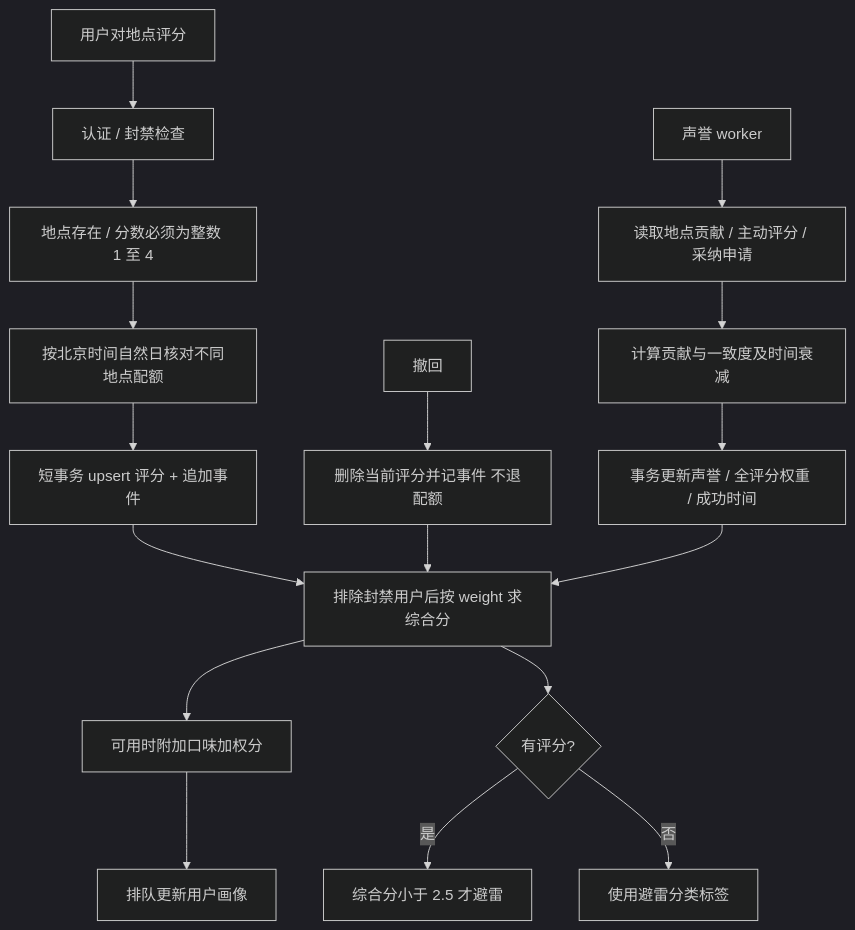
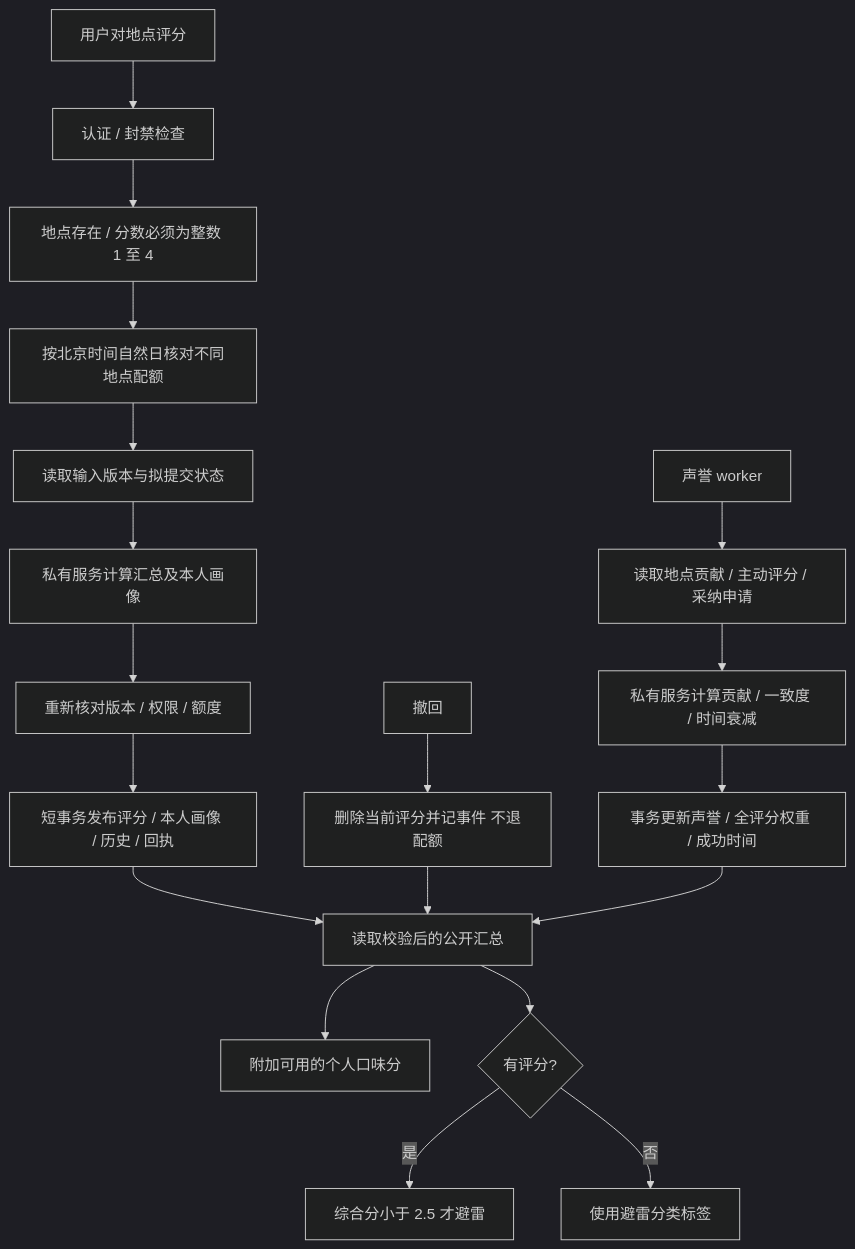
Before and after one commit to DinnerpartyFoodMap/dinnerparty_community: the diagram in backend/modules/ratings/doc/README.md, drawn with Mermaid (dark theme). The commit also changed other lines of this file and 106 other files, not shown here.

````diff
--- a/backend/modules/ratings/doc/README.md
+++ b/backend/modules/ratings/doc/README.md
@@ -5,19 +5,21 @@
 ```mermaid
 flowchart TD
     Input[用户对地点评分] --> Auth[认证 / 封禁检查]
     Auth --> Validate[地点存在 / 分数必须为整数 1 至 4]
     Validate --> Quota[按北京时间自然日核对不同地点配额]
-    Quota --> TX[短事务 upsert 评分 + 追加事件]
-    TX --> Summary[排除封禁用户后按 weight 求综合分]
-    Summary --> Personal[可用时附加口味加权分]
-    Personal --> Refresh[排队更新用户画像]
+    Quota --> Snapshot[读取输入版本与拟提交状态]
+    Snapshot --> Remote[私有服务计算汇总及本人画像]
+    Remote --> Recheck[重新核对版本 / 权限 / 额度]
+    Recheck --> TX[短事务发布评分 / 本人画像 / 历史 / 回执]
+    TX --> Summary[读取校验后的公开汇总]
+    Summary --> Personal[附加可用的个人口味分]
     Withdraw[撤回] --> Delete[删除当前评分并记事件 不退配额]
     Delete --> Summary
     Daily[声誉 worker] --> Evidence[读取地点贡献 / 主动评分 / 采纳申请]
-    Evidence --> Model[计算贡献与一致度及时间衰减]
+    Evidence --> Model[私有服务计算贡献 / 一致度 / 时间衰减]
     Model --> Publish[事务更新声誉 / 全评分权重 / 成功时间]
     Publish --> Summary
     Summary --> Avoid{有评分?}
     Avoid -->|是| Average[综合分小于 2.5 才避雷]
     Avoid -->|否| Tag[使用避雷分类标签]
 ```
````
